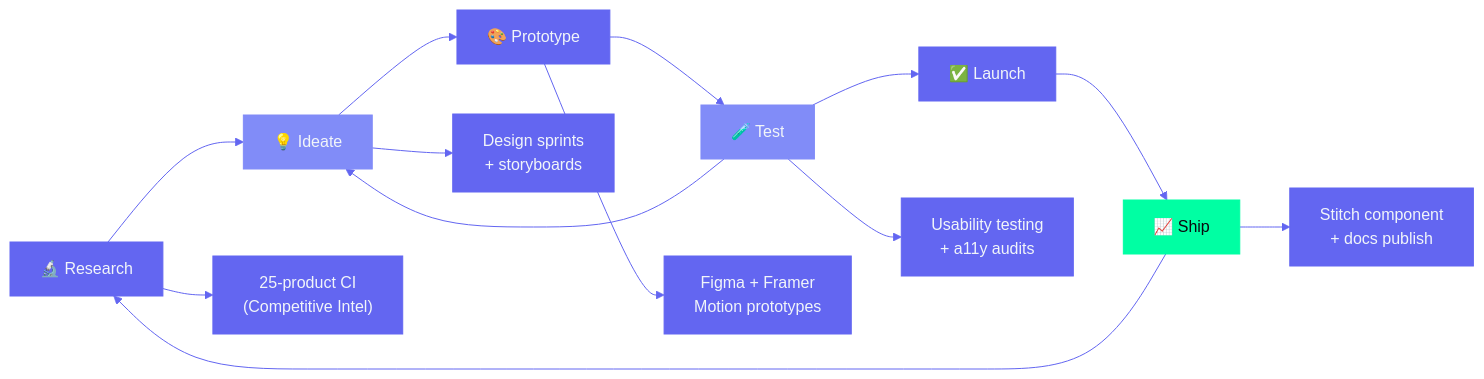
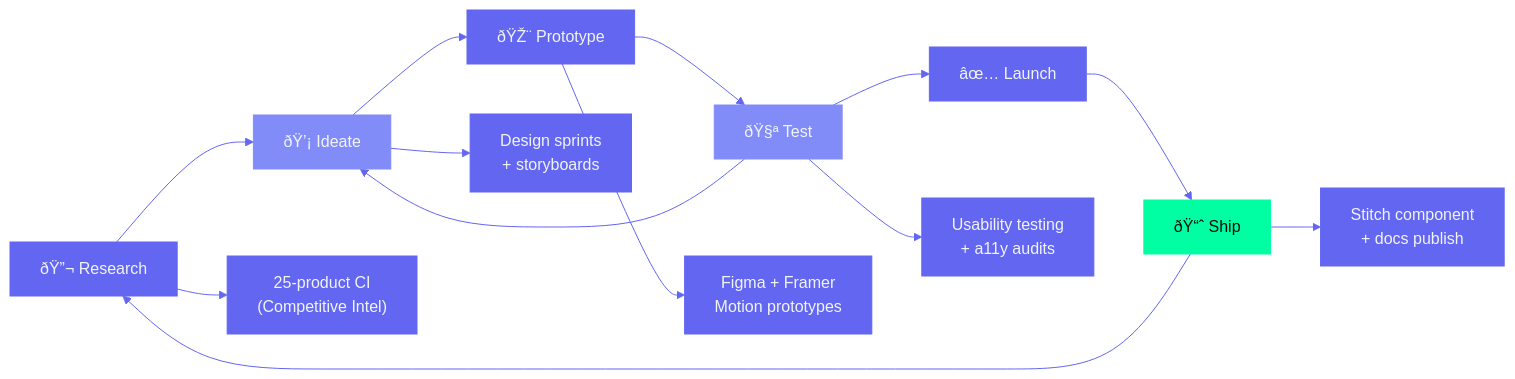
Before and after one commit to rohitkumarnaidu/ARIA-OS---SecondBrain-: the diagram in docs/design/Design.md, drawn with Mermaid. The commit also changed other lines of this file and 9 other files, not shown here.

````diff
--- a/docs/design/Design.md
+++ b/docs/design/Design.md
@@ -75,22 +75,22 @@
 ```mermaid
 %%{init: {'theme': 'base', 'themeVariables': { 'background': '#0A0B0F', 'primaryColor': '#6366F1', 'secondaryColor': '#00FFA3', 'tertiaryColor': '#818CF8', 'primaryTextColor': '#F1F5F9', 'secondaryTextColor': '#94A3B8', 'lineColor': '#6366F1', 'fontFamily': 'DM Sans', 'nodeBorder': '#6366F1', 'clusterBkg': '#13151A', 'clusterBorder': '#1E293B' }}}%%
 flowchart LR
-    R["🔬 Research"] --> I["💡 Ideate"]
-    I --> P["🎨 Prototype"]
-    P --> T["🧪 Test"]
+    R["ðŸ”¬ Research"] --> I["ðŸ’¡ Ideate"]
+    I --> P["ðŸŽ¨ Prototype"]
+    P --> T["ðŸ§ª Test"]
     T --> I
-    T --> L["✅ Launch"]
-    L --> S["📈 Ship"]
+    T --> L["âœ… Launch"]
+    L --> S["ðŸ“ˆ Ship"]
     S --> R
     R --> R1["25-product CI<br/>(Competitive Intel)"]
     I --> I1["Design sprints<br/>+ storyboards"]
     P --> P1["Figma + Framer<br/>Motion prototypes"]
     T --> T1["Usability testing<br/>+ a11y audits"]
     S --> S1["Stitch component<br/>+ docs publish"]
     style R fill:#6366F1,stroke:#6366F1,color:#F1F5F9
     style I fill:#818CF8,stroke:#818CF8,color:#F1F5F9
     style P fill:#6366F1,stroke:#6366F1,color:#F1F5F9
     style T fill:#818CF8,stroke:#818CF8,color:#F1F5F9
     style L fill:#6366F1,stroke:#6366F1,color:#F1F5F9
     style S fill:#00FFA3,stroke:#00FFA3,color:#0A0B0F
 ```
````
